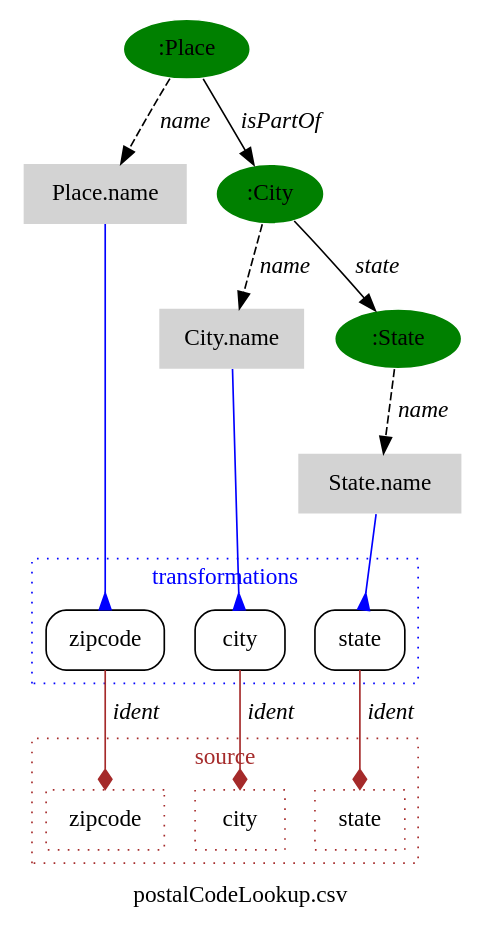
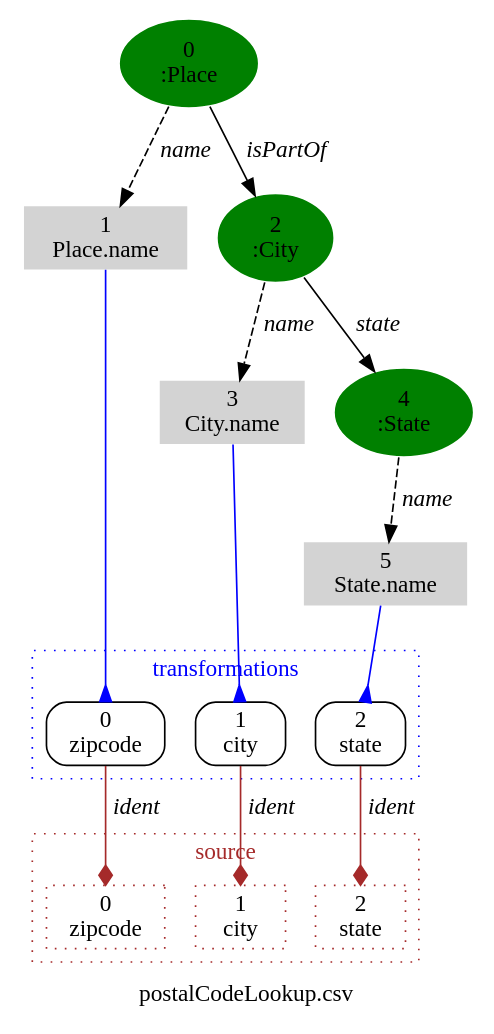
One commit to NICTA/serene-python-client changed the diagram in data/ssd_graphviz/postalCodeLookup.ssd.dot. Above: the diagram before and after it, drawn with Graphviz. The commit also changed 14 other files, not shown here.

```diff
--- a/data/ssd_graphviz/postalCodeLookup.ssd.dot
+++ b/data/ssd_graphviz/postalCodeLookup.ssd.dot
@@ -1,112 +1,124 @@
 digraph  {
 	graph [fontname="times:bold",
 		label="postalCodeLookup.csv",
 		overlap=False,
 		remincross=true,
 		splines=true
 	];
 	node [label="\N"];
 	subgraph cluster1 {
 		graph [color=brown,
 			fontcolor=brown,
 			fontname=times,
 			label=source,
 			rank=same,
 			style=dotted
 		];
 		6		 [color=brown,
-			label=zipcode,
+			label="0
+zipcode",
 			shape=box,
 			style=dotted];
 		7		 [color=brown,
-			label=city,
+			label="1
+city",
 			shape=box,
 			style=dotted];
 		8		 [color=brown,
-			label=state,
+			label="2
+state",
 			shape=box,
 			style=dotted];
 	}
 	subgraph cluster2 {
 		graph [color=blue,
 			fontcolor=blue,
 			fontname=times,
 			label=transformations,
 			rank=same,
 			style=dotted
 		];
-		9		 [label=zipcode,
+		9		 [label="0
+zipcode",
 			shape=box,
 			style=rounded];
-		10		 [label=city,
+		10		 [label="1
+city",
 			shape=box,
 			style=rounded];
-		11		 [label=state,
+		11		 [label="2
+state",
 			shape=box,
 			style=rounded];
 	}
 	0	 [color=white,
 		fillcolor=green,
-		label=":Place",
+		label="0
+:Place",
 		shape=ellipse,
 		style=filled];
 	1	 [color=white,
 		fillcolor=lightgrey,
-		label="Place.name",
+		label="1
+Place.name",
 		shape=plaintext,
 		style=filled];
 	0 -> 1	 [fontname="times-italic",
 		label=name,
 		style=dashed];
 	2	 [color=white,
 		fillcolor=green,
-		label=":City",
+		label="2
+:City",
 		shape=ellipse,
 		style=filled];
 	0 -> 2	 [fontname="times-italic",
 		label=isPartOf];
 	1 -> 9	 [arrowhead=inv,
 		arrowtail=inv,
 		color=blue];
 	3	 [color=white,
 		fillcolor=lightgrey,
-		label="City.name",
+		label="3
+City.name",
 		shape=plaintext,
 		style=filled];
 	2 -> 3	 [fontname="times-italic",
 		label=name,
 		style=dashed];
 	4	 [color=white,
 		fillcolor=green,
-		label=":State",
+		label="4
+:State",
 		shape=ellipse,
 		style=filled];
 	2 -> 4	 [fontname="times-italic",
 		label=state];
 	3 -> 10	 [arrowhead=inv,
 		arrowtail=inv,
 		color=blue];
 	5	 [color=white,
 		fillcolor=lightgrey,
-		label="State.name",
+		label="5
+State.name",
 		shape=plaintext,
 		style=filled];
 	4 -> 5	 [fontname="times-italic",
 		label=name,
 		style=dashed];
 	5 -> 11	 [arrowhead=inv,
 		arrowtail=inv,
 		color=blue];
 	9 -> 6	 [arrowhead=diamond,
 		color=brown,
 		fontname="times-italic",
 		label=ident];
 	10 -> 7	 [arrowhead=diamond,
 		color=brown,
 		fontname="times-italic",
 		label=ident];
 	11 -> 8	 [arrowhead=diamond,
 		color=brown,
 		fontname="times-italic",
 		label=ident];
 }
```
